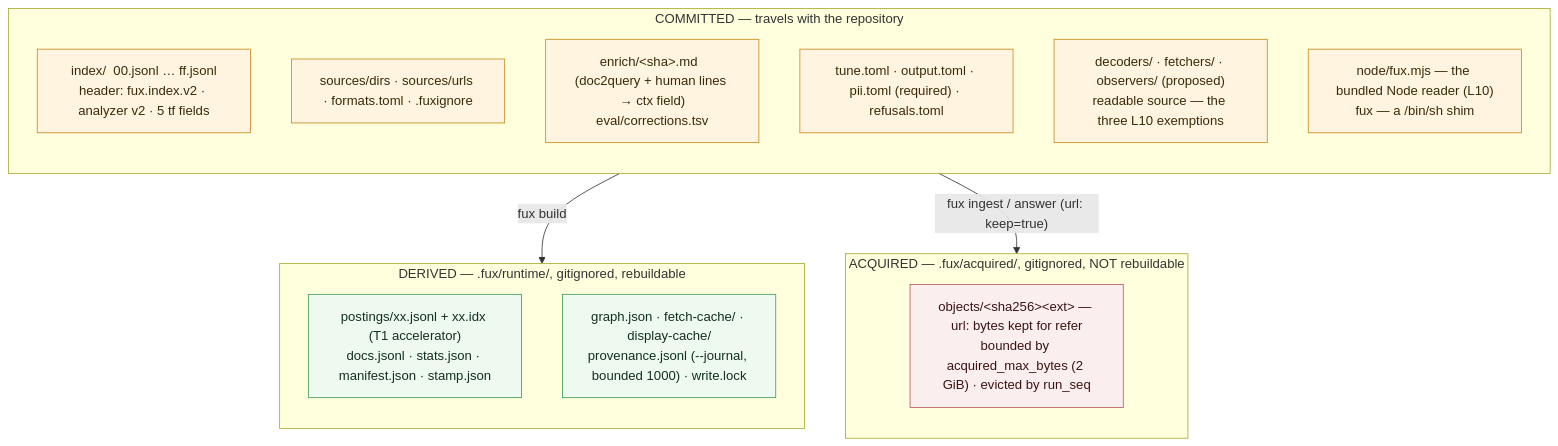
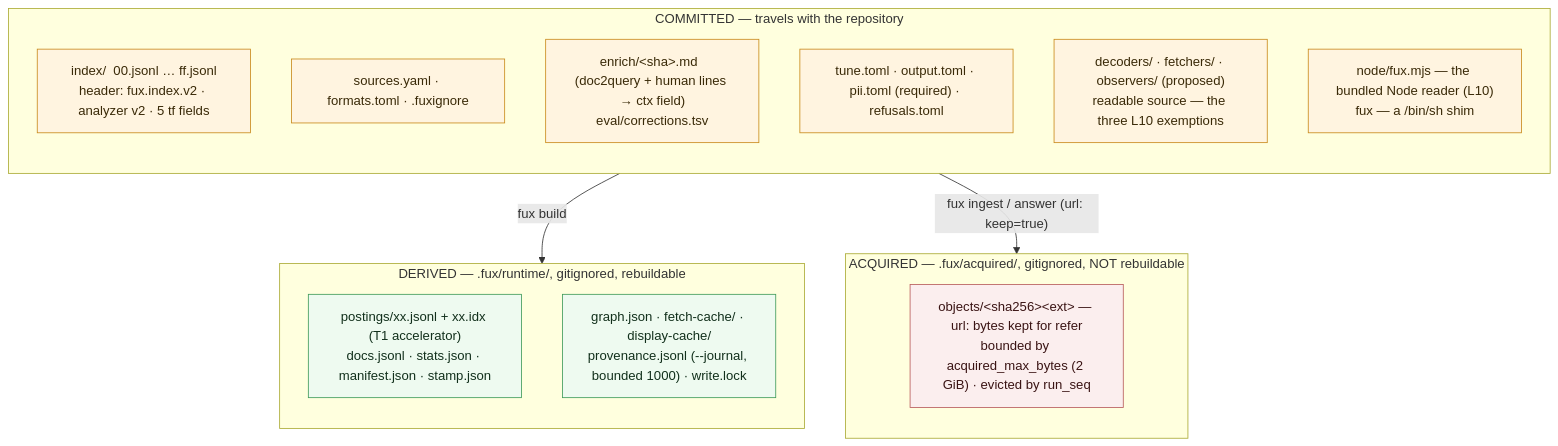
Before and after one commit to arpitarya/fux: the diagram in docs/paper/figures/src/fig-02-dotfux.mmd, drawn with Mermaid. The commit also changed 249 other files, not shown here.

First line of the commit message:
feat(w294): one .fux/sources.yaml; .fuxignore the only exclusion

```diff
--- a/docs/paper/figures/src/fig-02-dotfux.mmd
+++ b/docs/paper/figures/src/fig-02-dotfux.mmd
@@ -1,24 +1,24 @@
 flowchart TB
   classDef c fill:#fff4e0,stroke:#c98a1b,color:#3a2a08
   classDef d fill:#eefaf0,stroke:#3f9a5a,color:#12301c
   classDef a fill:#fbeeee,stroke:#b85c5c,color:#3a1414
   subgraph COMMITTED["COMMITTED — travels with the repository"]
     direction TB
     c1["index/  00.jsonl … ff.jsonl<br/>header: fux.index.v2 · analyzer v2 · 5 tf fields"]:::c
-    c2["sources/dirs · sources/urls · formats.toml · .fuxignore"]:::c
+    c2["sources.yaml · formats.toml · .fuxignore"]:::c
     c3["enrich/&lt;sha&gt;.md  (doc2query + human lines → ctx field)<br/>eval/corrections.tsv"]:::c
     c4["tune.toml · output.toml · pii.toml (required) · refusals.toml"]:::c
     c5["decoders/ · fetchers/ · observers/ (proposed)<br/>readable source — the three L10 exemptions"]:::c
     c6["node/fux.mjs — the bundled Node reader (L10)<br/>fux — a /bin/sh shim"]:::c
   end
   subgraph DERIVED["DERIVED — .fux/runtime/, gitignored, rebuildable"]
     direction TB
     d1["postings/xx.jsonl + xx.idx (T1 accelerator)<br/>docs.jsonl · stats.json · manifest.json · stamp.json"]:::d
     d2["graph.json · fetch-cache/ · display-cache/<br/>provenance.jsonl (--journal, bounded 1000) · write.lock"]:::d
   end
   subgraph ACQUIRED["ACQUIRED — .fux/acquired/, gitignored, NOT rebuildable"]
     direction TB
     a1["objects/&lt;sha256&gt;&lt;ext&gt; — url: bytes kept for refer<br/>bounded by acquired_max_bytes (2 GiB) · evicted by run_seq"]:::a
   end
   COMMITTED -- "fux build" --> DERIVED
   COMMITTED -- "fux ingest / answer (url: keep=true)" --> ACQUIRED
```
